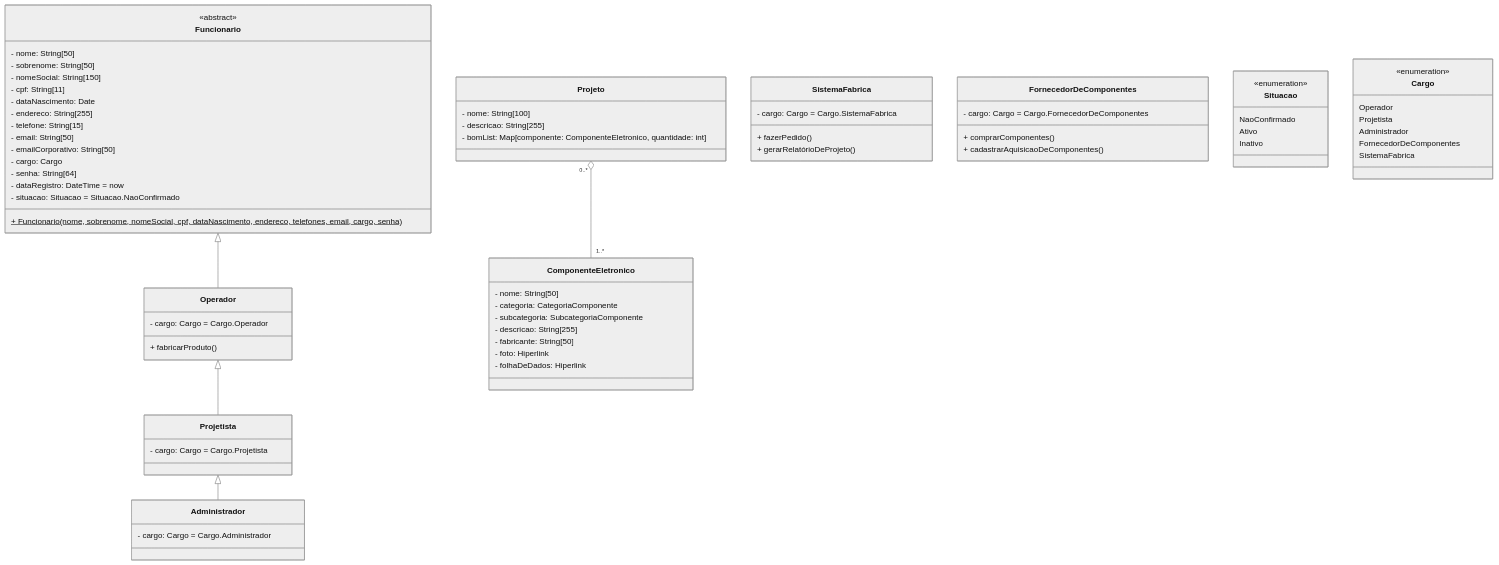
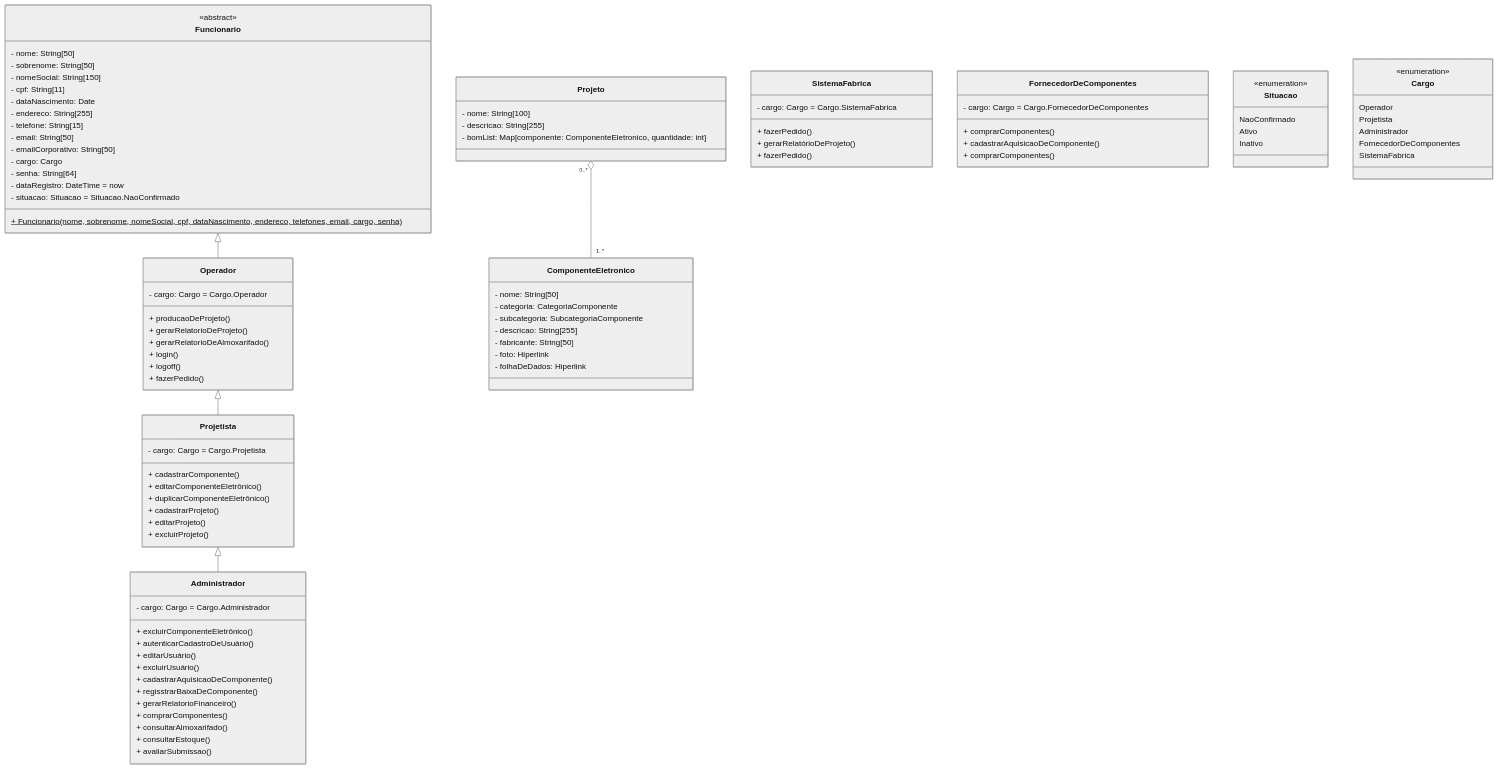
The diagram in diagrama-de-classes/README.md (PabloBF/minha-fabrica), drawn with Mermaid (neutral theme) before and after one commit.

Commit message:
Atualizações
ETC

```diff
--- a/diagrama-de-classes/README.md
+++ b/diagrama-de-classes/README.md
@@ -25,28 +25,51 @@
     
     class Operador {
     - cargo: Cargo = Cargo.Operador
-    + fabricarProduto()
-    
+    + producaoDeProjeto()
+    + gerarRelatorioDeProjeto()
+    + gerarRelatorioDeAlmoxarifado()
+    + login()
+    + logoff()
+    + fazerPedido()
     }
     
     class Projetista {
     - cargo: Cargo = Cargo.Projetista
+    + cadastrarComponente()
+    + editarComponenteEletrônico()
+    + duplicarComponenteEletrônico()
+    + cadastrarProjeto()
+    + editarProjeto()
+    + excluirProjeto()
     }
     
     class SistemaFabrica {
     - cargo: Cargo = Cargo.SistemaFabrica
     + fazerPedido()
     + gerarRelatórioDeProjeto()
+    + fazerPedido()
     }
     
     class FornecedorDeComponentes {
     - cargo: Cargo = Cargo.FornecedorDeComponentes
     + comprarComponentes()
-    + cadastrarAquisicaoDeComponentes()
+    + cadastrarAquisicaoDeComponente()
+    + comprarComponentes()
     }
     
     class Administrador {
     - cargo: Cargo = Cargo.Administrador
+    + excluirComponenteEletrônico()
+    + autenticarCadastroDeUsuário()
+    + editarUsuário()
+    + excluirUsuário()
+    + cadastrarAquisicaoDeComponente()
+    + regisstrarBaixaDeComponente()
+    + gerarRelatorioFinanceiro()
+    + comprarComponentes()
+    + consultarAlmoxarifado()
+    + consultarEstoque()
+    + avaliarSubmissao()
     }
         
     class Situacao {
```
